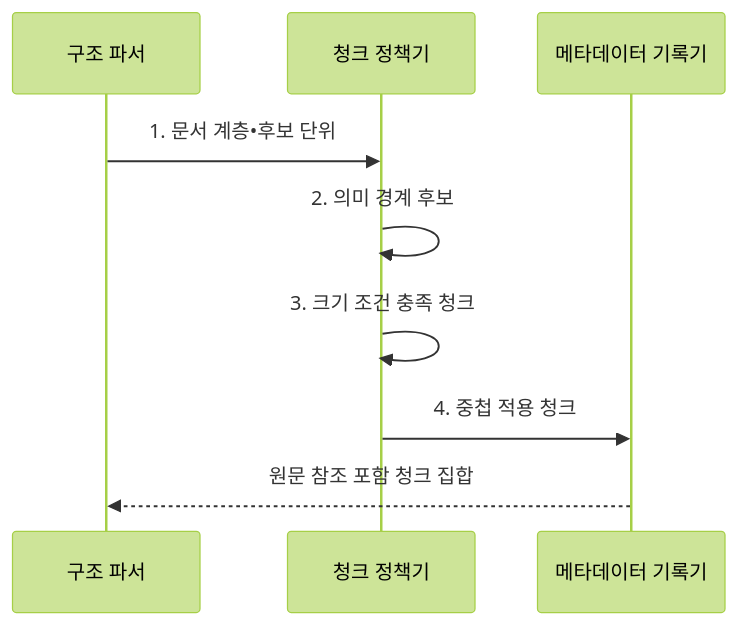
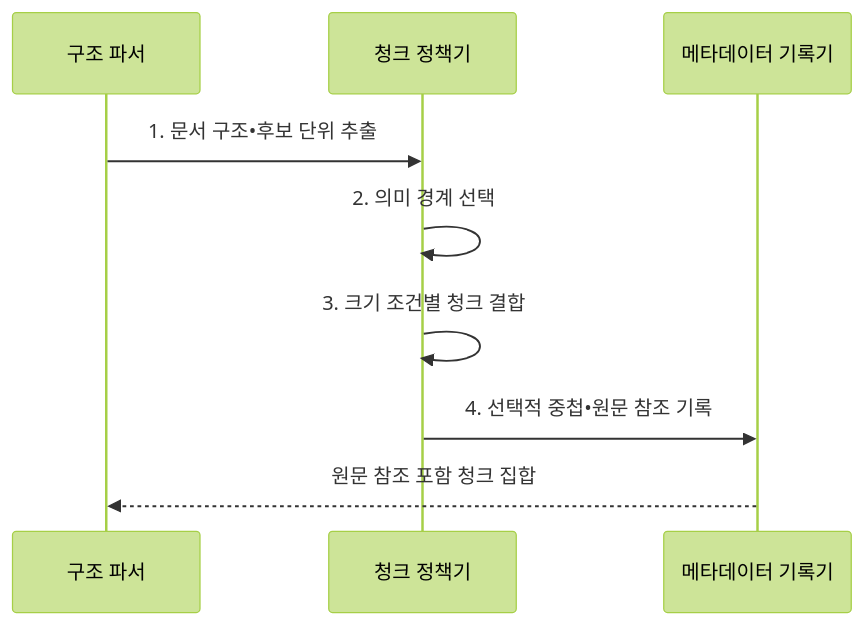
One commit to agnusdei1207/knowledge-base changed the second of 2 diagrams in src/content/docs/notes/08-latest-tech/077_chunking.md. Above: the diagram before and after it, drawn with Mermaid (forest theme). The commit also changed other lines of this file and 17 other files, not shown here.

````diff
--- a/src/content/docs/notes/08-latest-tech/077_chunking.md
+++ b/src/content/docs/notes/08-latest-tech/077_chunking.md
@@ -103,11 +103,11 @@
 ```mermaid
 sequenceDiagram
   participant P as 구조 파서
   participant C as 청크 정책기
   participant M as 메타데이터 기록기
-  P->>C: 1. 문서 계층•후보 단위
-  C->>C: 2. 의미 경계 후보
-  C->>C: 3. 크기 조건 충족 청크
-  C->>M: 4. 중첩 적용 청크
+  P->>C: 1. 문서 구조•후보 단위 추출
+  C->>C: 2. 의미 경계 선택
+  C->>C: 3. 크기 조건별 청크 결합
+  C->>M: 4. 선택적 중첩•원문 참조 기록
   M-->>P: 원문 참조 포함 청크 집합
 ```
````
